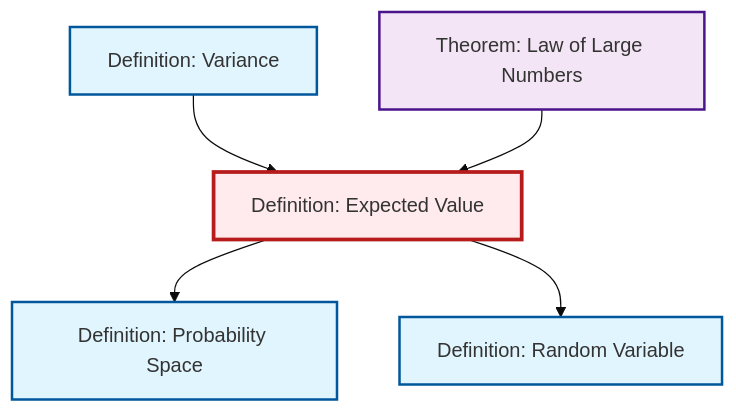
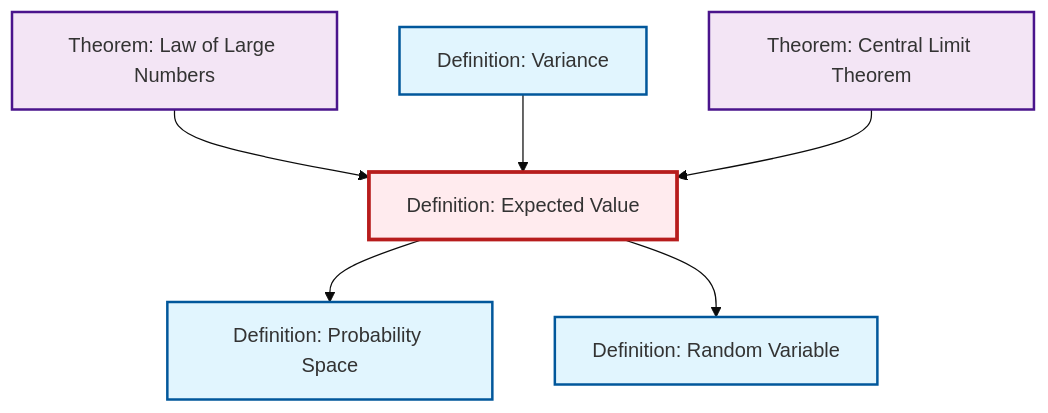
Before and after one commit to RK0429/ModernMath: the second of 2 diagrams in content/ja/probability-statistics/def-expectation.qmd, drawn with Mermaid (base theme). The commit also changed other lines of this file and 491 other files, not shown here.

First line of the commit message:
feat: Add Central Limit Theorem article with comprehensive cross-references

````diff
--- a/content/ja/probability-statistics/def-expectation.qmd
+++ b/content/ja/probability-statistics/def-expectation.qmd
@@ -82,23 +88,26 @@
 ```{mermaid}
 %%| fig-cap: "Local dependency graph"
 graph TD
     classDef definition fill:#e1f5fe,stroke:#01579b,stroke-width:2px
     classDef theorem fill:#f3e5f5,stroke:#4a148c,stroke-width:2px
     classDef axiom fill:#fff3e0,stroke:#e65100,stroke-width:2px
     classDef example fill:#e8f5e9,stroke:#1b5e20,stroke-width:2px
     classDef current fill:#ffebee,stroke:#b71c1c,stroke-width:3px
+    def-expectation["Definition: Expected Value"]:::definition
+    thm-central-limit["Theorem: Central Limit Theorem"]:::theorem
+    def-random-variable["Definition: Random Variable"]:::definition
+    thm-law-of-large-numbers["Theorem: Law of Large Numbers"]:::theorem
     def-probability-space["Definition: Probability Space"]:::definition
-    def-random-variable["Definition: Random Variable"]:::definition
-    def-expectation["Definition: Expected Value"]:::definition
     def-variance["Definition: Variance"]:::definition
-    thm-law-of-large-numbers["Theorem: Law of Large Numbers"]:::theorem
+    thm-law-of-large-numbers --> def-expectation
+    def-variance --> def-expectation
     def-expectation --> def-probability-space
-    def-variance --> def-expectation
-    thm-law-of-large-numbers --> def-expectation
     def-expectation --> def-random-variable
+    thm-central-limit --> def-expectation
     class def-expectation current
+    click thm-central-limit "thm-central-limit.html" "Theorem: Central Limit Theoremへ"
+    click def-random-variable "def-random-variable.html" "Definition: Random Variableへ"
+    click thm-law-of-large-numbers "thm-law-of-large-numbers.html" "Theorem: Law of Large Numbersへ"
     click def-probability-space "def-probability-space.html" "Definition: Probability Spaceへ"
-    click def-random-variable "def-random-variable.html" "Definition: Random Variableへ"
     click def-variance "def-variance.html" "Definition: Varianceへ"
-    click thm-law-of-large-numbers "thm-law-of-large-numbers.html" "Theorem: Law of Large Numbersへ"
 ```
````
